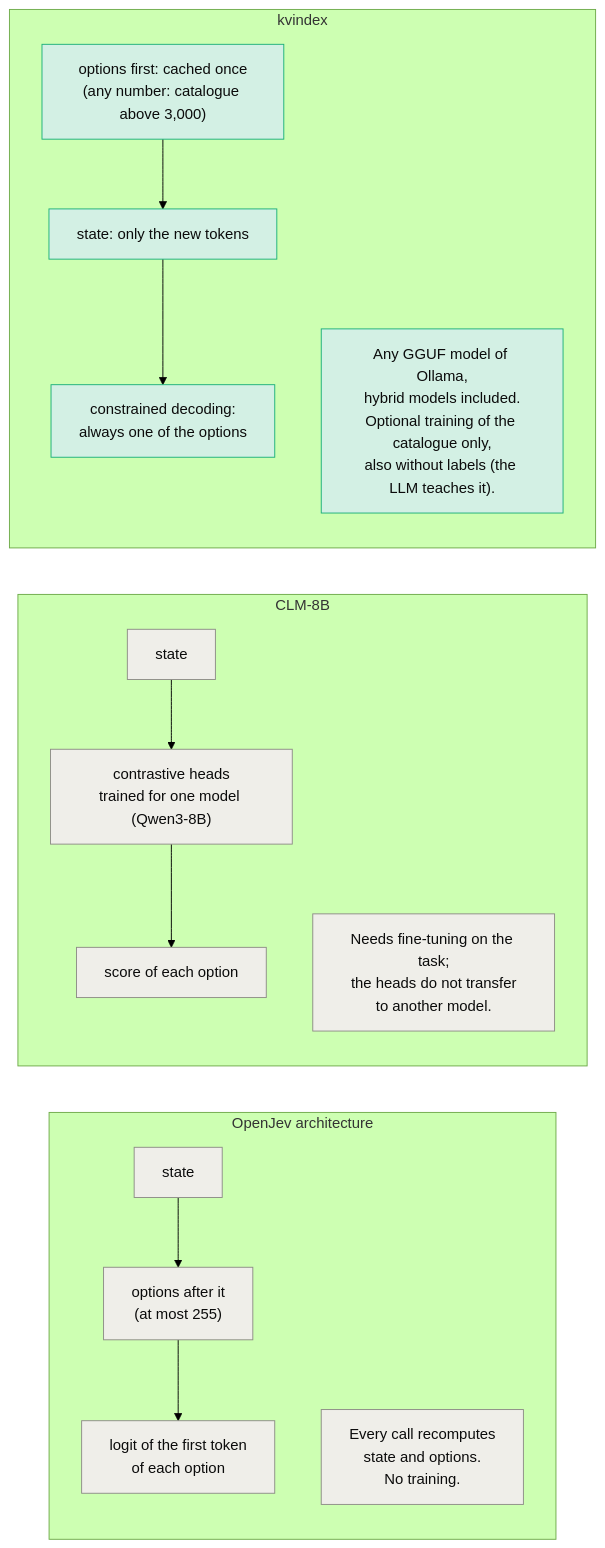
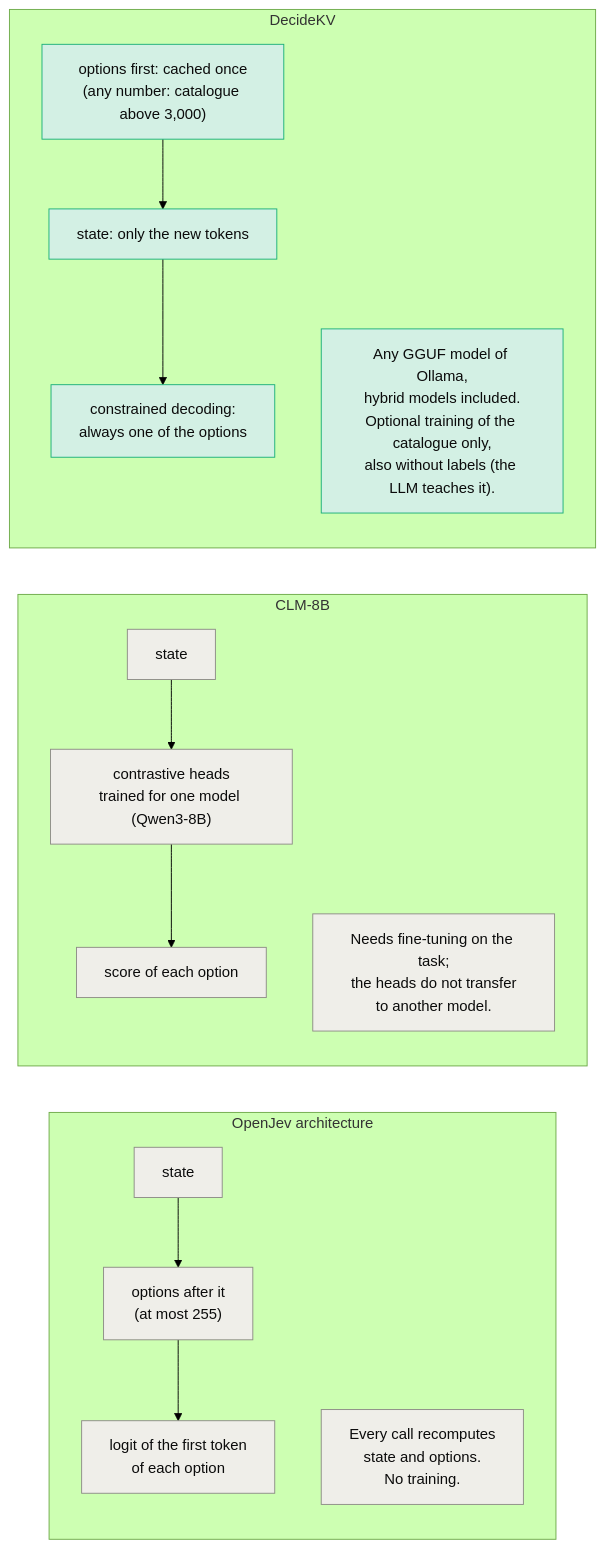
One commit to HGarrone/decidekv changed the second of 2 diagrams in README.md. Above: the diagram before and after it, drawn with Mermaid (forest theme). The commit also changed other lines of this file and 29 other files, not shown here.

First line of the commit message:
Rename kvindex to DecideKV (package decidekv)

````diff
--- a/README.md
+++ b/README.md
@@ -259,24 +259,24 @@
 ```mermaid
 flowchart LR
     subgraph OJ["OpenJev architecture"]
         direction TB
         o1["state"] --> o2["options after it<br/>(at most 255)"] --> o3["logit of the first token<br/>of each option"]
         o4["Every call recomputes<br/>state and options.<br/>No training."]
     end
     subgraph CL["CLM-8B"]
         direction TB
         c1["state"] --> c2["contrastive heads<br/>trained for one model (Qwen3-8B)"] --> c3["score of each option"]
         c4["Needs fine-tuning on the task;<br/>the heads do not transfer<br/>to another model."]
     end
-    subgraph KV["kvindex"]
+    subgraph KV["DecideKV"]
         direction TB
         k1["options first: cached once<br/>(any number: catalogue above 3,000)"] --> k2["state: only the new tokens"] --> k3["constrained decoding:<br/>always one of the options"]
         k4["Any GGUF model of Ollama,<br/>hybrid models included.<br/>Optional training of the catalogue only,<br/>also without labels (the LLM teaches it)."]
     end
     classDef oj fill:#efeee9,stroke:#8d8c86,color:#0b0b0b
     classDef cl fill:#efeee9,stroke:#8d8c86,color:#0b0b0b
     classDef kv fill:#d3f0e4,stroke:#1baf7a,color:#0b0b0b
     class o1,o2,o3,o4 oj
     class c1,c2,c3,c4 cl
     class k1,k2,k3,k4 kv
 ```
````
